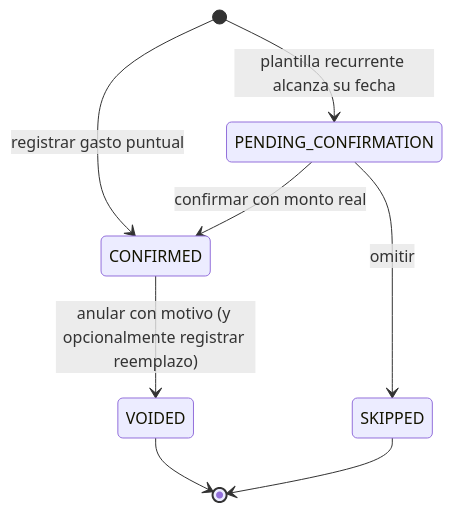
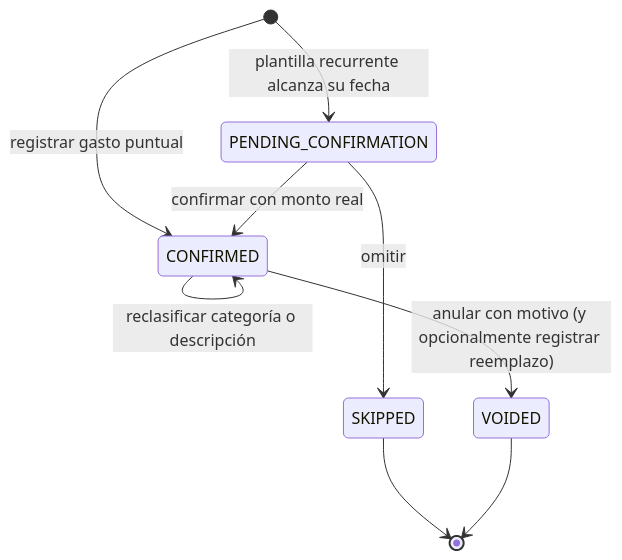
One commit to DSerranoG24/catalogo changed the first of 2 diagrams in docs/expenses-contract.md. Above: the diagram before and after it, drawn with Mermaid. The commit also changed other lines of this file, not shown here.

````diff
--- a/docs/expenses-contract.md
+++ b/docs/expenses-contract.md
@@ -34,10 +41,11 @@
 ```mermaid
 stateDiagram-v2
     [*] --> CONFIRMED: registrar gasto puntual
     [*] --> PENDING_CONFIRMATION: plantilla recurrente alcanza su fecha
     PENDING_CONFIRMATION --> CONFIRMED: confirmar con monto real
     PENDING_CONFIRMATION --> SKIPPED: omitir
+    CONFIRMED --> CONFIRMED: reclasificar categoría o descripción
     CONFIRMED --> VOIDED: anular con motivo (y opcionalmente registrar reemplazo)
     SKIPPED --> [*]
     VOIDED --> [*]
 ```
````
